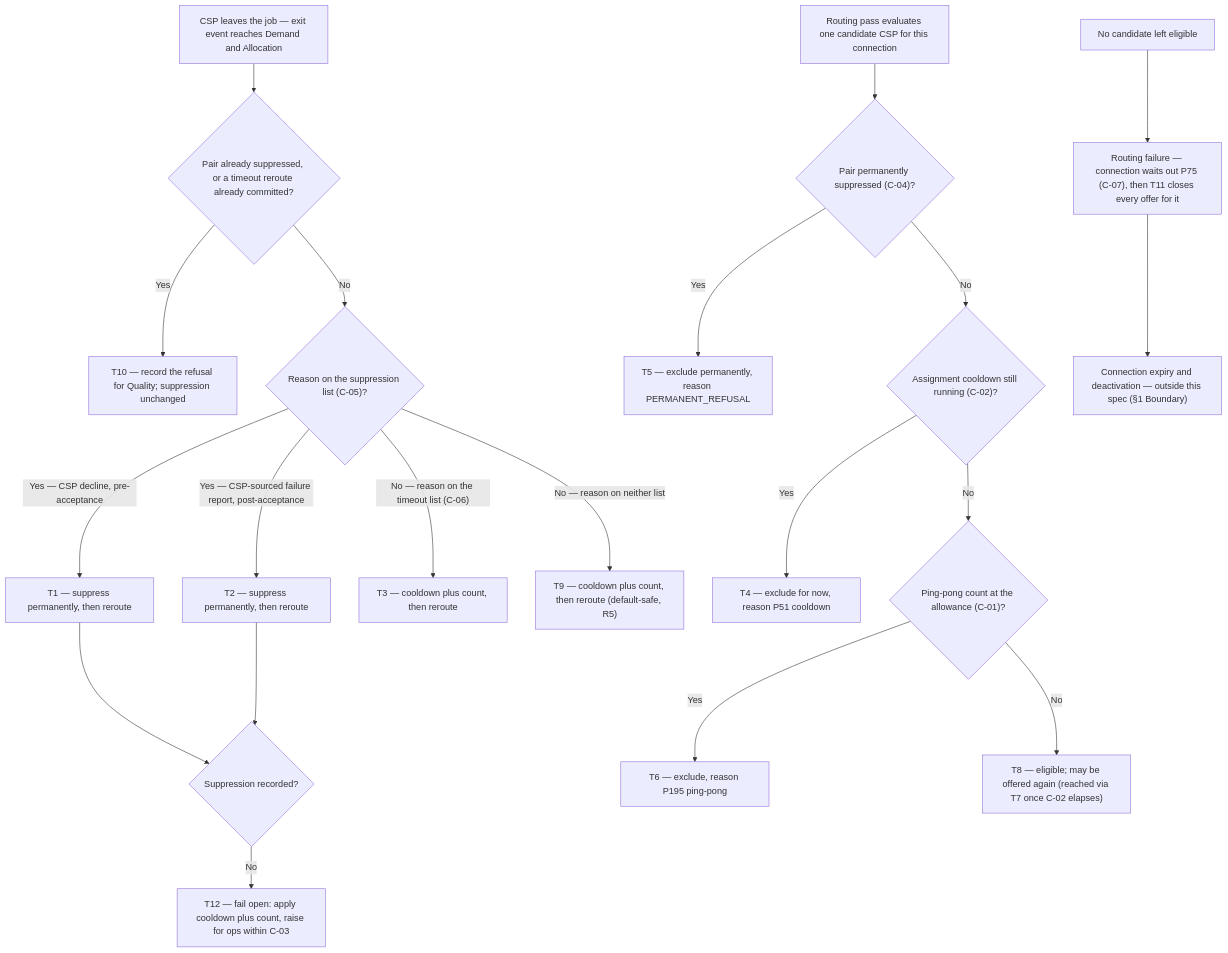
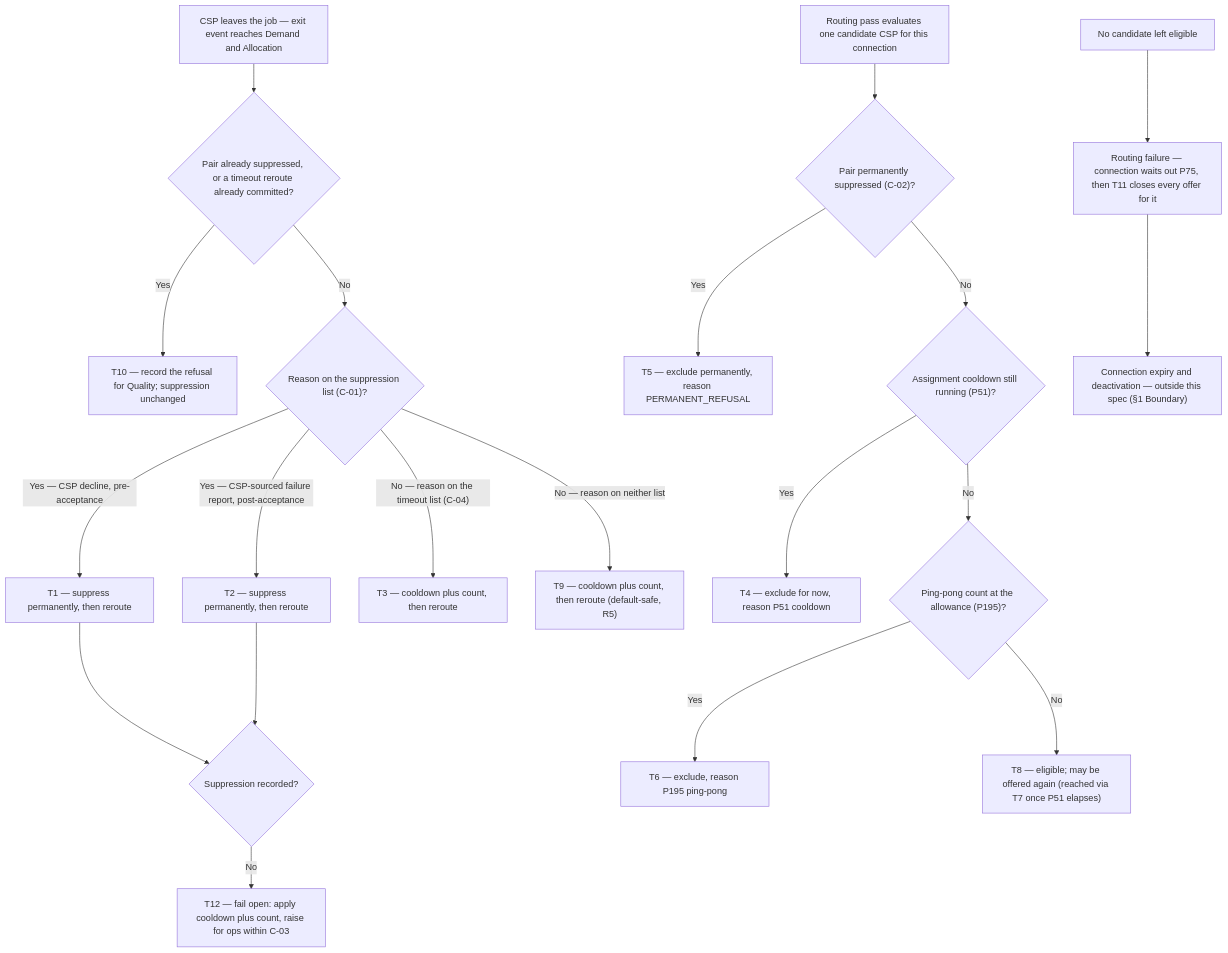
One commit to ashish-raj-wiom/decline-retrigger-spec changed the diagram in Decline_Retrigger_Suppression_PRD.md. Above: the diagram before and after it, drawn with Mermaid. The commit also changed other lines of this file and 1 other file, not shown here.

````diff
--- a/Decline_Retrigger_Suppression_PRD.md
+++ b/Decline_Retrigger_Suppression_PRD.md
@@ -74,24 +74,24 @@
 ```mermaid
 flowchart TD
     A["CSP leaves the job — exit event reaches Demand and Allocation"] --> A2{"Pair already suppressed, or a timeout reroute already committed?"}
     A2 -- "Yes" --> A3["T10 — record the refusal for Quality; suppression unchanged"]
-    A2 -- "No" --> B{"Reason on the suppression list (C-05)?"}
+    A2 -- "No" --> B{"Reason on the suppression list (C-01)?"}
     B -- "Yes — CSP decline, pre-acceptance" --> C["T1 — suppress permanently, then reroute"]
     B -- "Yes — CSP-sourced failure report, post-acceptance" --> D["T2 — suppress permanently, then reroute"]
-    B -- "No — reason on the timeout list (C-06)" --> E["T3 — cooldown plus count, then reroute"]
+    B -- "No — reason on the timeout list (C-04)" --> E["T3 — cooldown plus count, then reroute"]
     B -- "No — reason on neither list" --> F["T9 — cooldown plus count, then reroute (default-safe, R5)"]
     C --> C2{"Suppression recorded?"}
     D --> C2
     C2 -- "No" --> C3["T12 — fail open: apply cooldown plus count, raise for ops within C-03"]
 
-    G["Routing pass evaluates one candidate CSP for this connection"] --> H{"Pair permanently suppressed (C-04)?"}
+    G["Routing pass evaluates one candidate CSP for this connection"] --> H{"Pair permanently suppressed (C-02)?"}
     H -- "Yes" --> I["T5 — exclude permanently, reason PERMANENT_REFUSAL"]
-    H -- "No" --> J{"Assignment cooldown still running (C-02)?"}
+    H -- "No" --> J{"Assignment cooldown still running (P51)?"}
     J -- "Yes" --> K["T4 — exclude for now, reason P51 cooldown"]
-    J -- "No" --> L{"Ping-pong count at the allowance (C-01)?"}
+    J -- "No" --> L{"Ping-pong count at the allowance (P195)?"}
     L -- "Yes" --> M["T6 — exclude, reason P195 ping-pong"]
-    L -- "No" --> N["T8 — eligible; may be offered again (reached via T7 once C-02 elapses)"]
+    L -- "No" --> N["T8 — eligible; may be offered again (reached via T7 once P51 elapses)"]
 
-    O["No candidate left eligible"] --> P["Routing failure — connection waits out P75 (C-07), then T11 closes every offer for it"]
+    O["No candidate left eligible"] --> P["Routing failure — connection waits out P75, then T11 closes every offer for it"]
     P --> Q["Connection expiry and deactivation — outside this spec (§1 Boundary)"]
 ```
````
